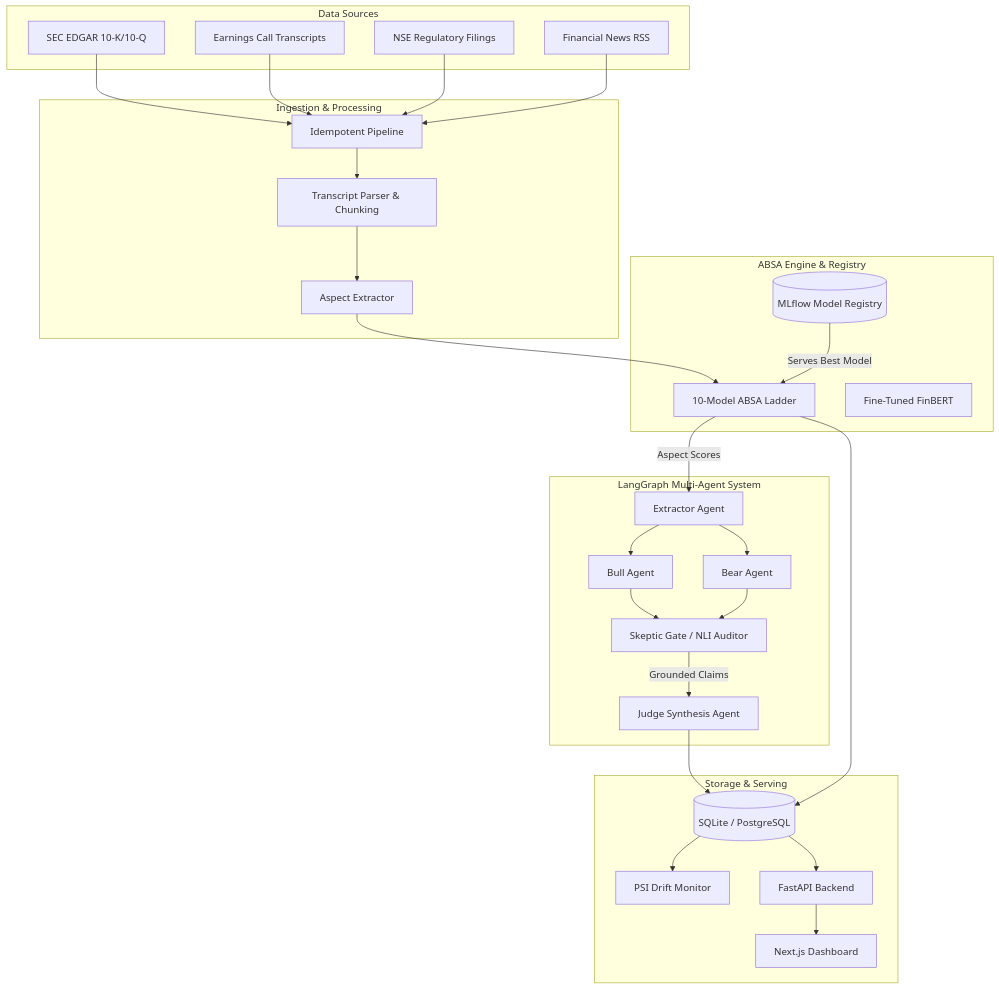
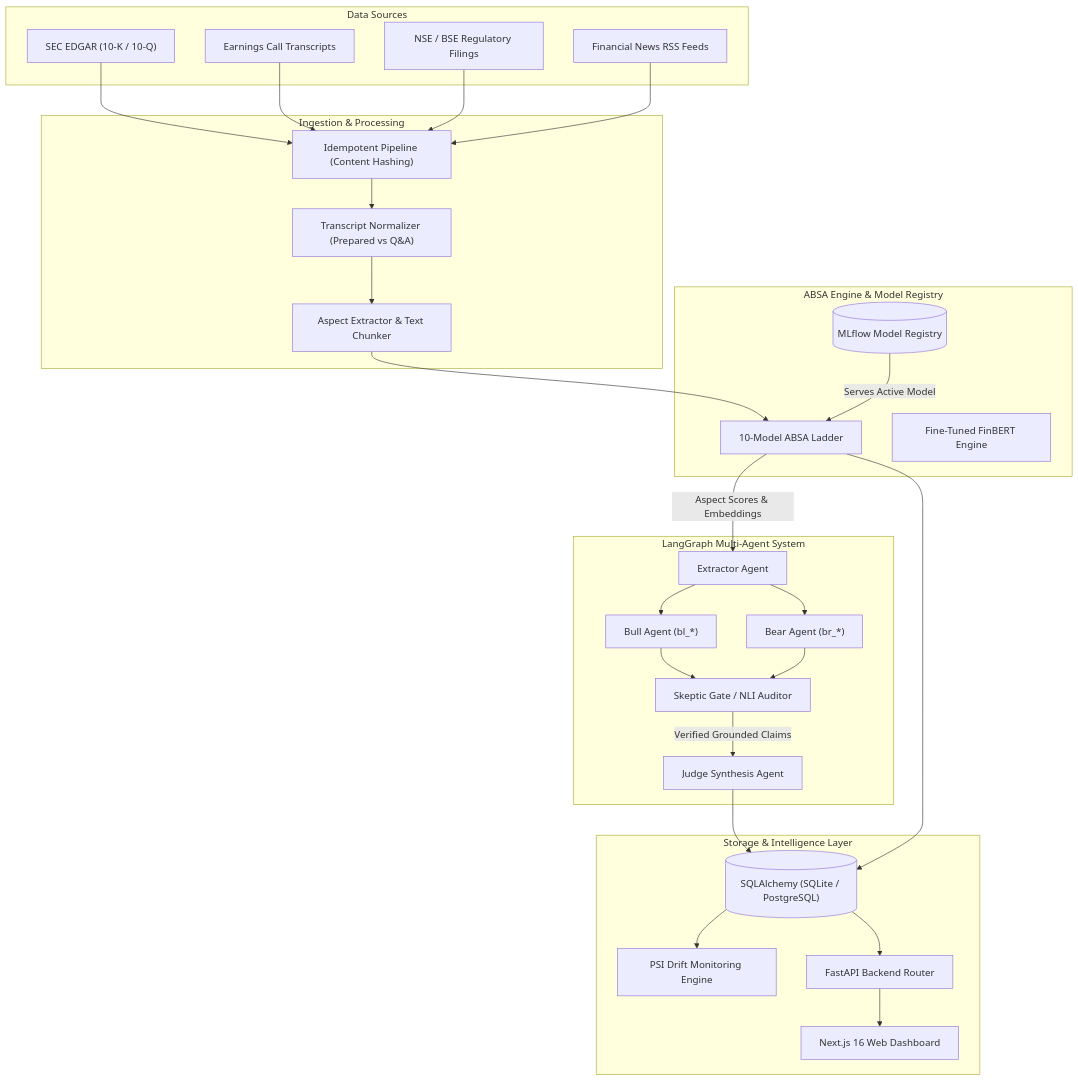
The first of 2 diagrams in README.md (nishnarudkar/Sentari), drawn with Mermaid before and after one commit. The commit also changed other lines of this file, not shown here.

Commit message:
docs: expand README with comprehensive technical architecture, benchmarks, multi-agent workflow, and API reference

````diff
--- a/README.md
+++ b/README.md
@@ -44,58 +84,58 @@
 ```mermaid
 flowchart TD
     subgraph Data Sources
-        SEC[SEC EDGAR 10-K/10-Q]
-        Transcripts[Earnings Call Transcripts]
-        NSE[NSE Regulatory Filings]
-        News[Financial News RSS]
+        SEC["SEC EDGAR (10-K / 10-Q)"]
+        Transcripts["Earnings Call Transcripts"]
+        NSE["NSE / BSE Regulatory Filings"]
+        News["Financial News RSS Feeds"]
     end
 
     subgraph Ingestion & Processing
-        Ingest[Idempotent Pipeline]
-        Norm[Transcript Parser & Chunking]
-        Aspect[Aspect Extractor]
+        Ingest["Idempotent Pipeline (Content Hashing)"]
+        Norm["Transcript Normalizer (Prepared vs Q&A)"]
+        Aspect["Aspect Extractor & Text Chunker"]
     end
 
-    subgraph ABSA Engine & Registry
-        Ladder[10-Model ABSA Ladder]
-        FinBERT[Fine-Tuned FinBERT]
-        MLflow[(MLflow Model Registry)]
+    subgraph ABSA Engine & Model Registry
+        Ladder["10-Model ABSA Ladder"]
+        FinBERT["Fine-Tuned FinBERT Engine"]
+        MLflow[("MLflow Model Registry")]
     end
 
     subgraph LangGraph Multi-Agent System
-        ExtAgent[Extractor Agent]
-        BullAgent[Bull Agent]
-        BearAgent[Bear Agent]
-        SkepticAgent[Skeptic Gate / NLI Auditor]
-        JudgeAgent[Judge Synthesis Agent]
+        ExtAgent["Extractor Agent"]
+        BullAgent["Bull Agent (bl_*)"]
+        BearAgent["Bear Agent (br_*)"]
+        SkepticAgent["Skeptic Gate / NLI Auditor"]
+        JudgeAgent["Judge Synthesis Agent"]
     end
 
-    subgraph Storage & Serving
-        DB[(SQLite / PostgreSQL)]
-        Drift[PSI Drift Monitor]
-        API[FastAPI Backend]
-        Dash[Next.js Dashboard]
+    subgraph Storage & Intelligence Layer
+        DB[("SQLAlchemy (SQLite / PostgreSQL)")]
+        Drift["PSI Drift Monitoring Engine"]
+        API["FastAPI Backend Router"]
+        Dash["Next.js 16 Web Dashboard"]
     end
 
     SEC --> Ingest
     Transcripts --> Ingest
     NSE --> Ingest
     News --> Ingest
 
     Ingest --> Norm --> Aspect
     Aspect --> Ladder
-    MLflow -->|Serves Best Model| Ladder
-    Ladder -->|Aspect Scores| ExtAgent
+    MLflow -->|Serves Active Model| Ladder
+    Ladder -->|Aspect Scores & Embeddings| ExtAgent
 
     ExtAgent --> BullAgent
     ExtAgent --> BearAgent
     BullAgent --> SkepticAgent
     BearAgent --> SkepticAgent
-    SkepticAgent -->|Grounded Claims| JudgeAgent
+    SkepticAgent -->|Verified Grounded Claims| JudgeAgent
 
     JudgeAgent --> DB
     Ladder --> DB
     DB --> Drift
     DB --> API
     API --> Dash
 ```
````
